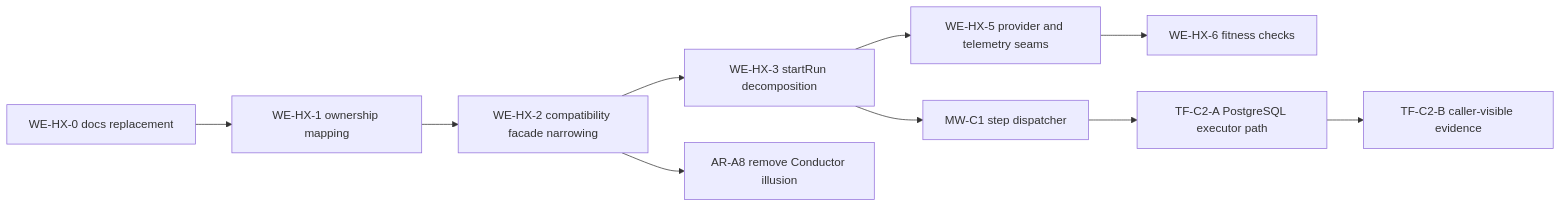
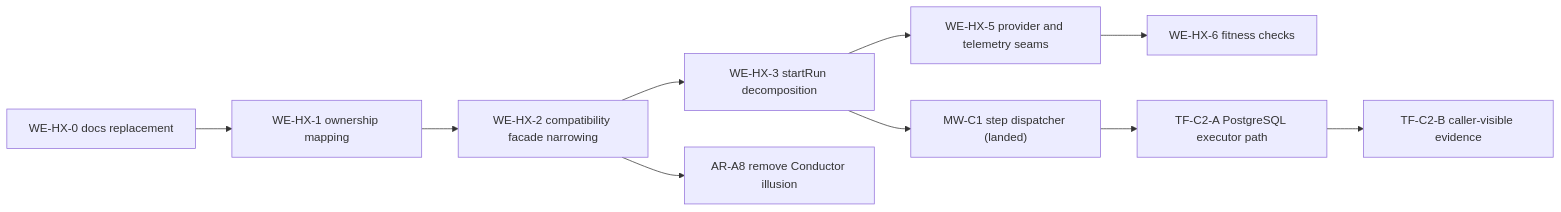
Before and after one commit to dunay2/dvt: the second of 2 diagrams in docs/architecture/components/engine/roadmap/engine-phases.md, drawn with Mermaid. The commit also changed other lines of this file and 16 other files, not shown here.

````diff
--- a/docs/architecture/components/engine/roadmap/engine-phases.md
+++ b/docs/architecture/components/engine/roadmap/engine-phases.md
@@ -81,12 +81,12 @@
 ```mermaid
 flowchart LR
   HX0["WE-HX-0 docs replacement"] --> HX1["WE-HX-1 ownership mapping"]
   HX1 --> HX2["WE-HX-2 compatibility facade narrowing"]
   HX2 --> HX3["WE-HX-3 startRun decomposition"]
   HX2 --> A8["AR-A8 remove Conductor illusion"]
   HX3 --> HX5["WE-HX-5 provider and telemetry seams"]
   HX5 --> HX6["WE-HX-6 fitness checks"]
-  HX3 --> MW["MW-C1 step dispatcher"]
+  HX3 --> MW["MW-C1 step dispatcher (landed)"]
   MW --> TFC2A["TF-C2-A PostgreSQL executor path"]
   TFC2A --> TFC2B["TF-C2-B caller-visible evidence"]
 ```
````
